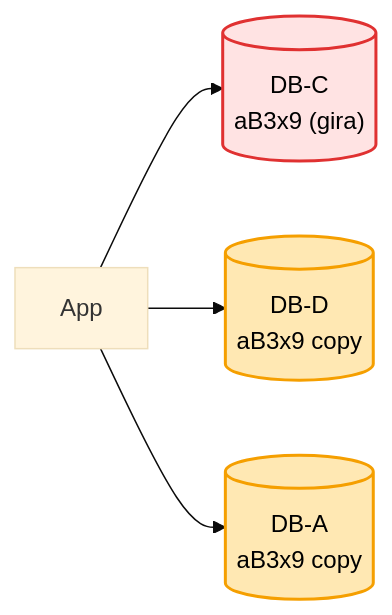
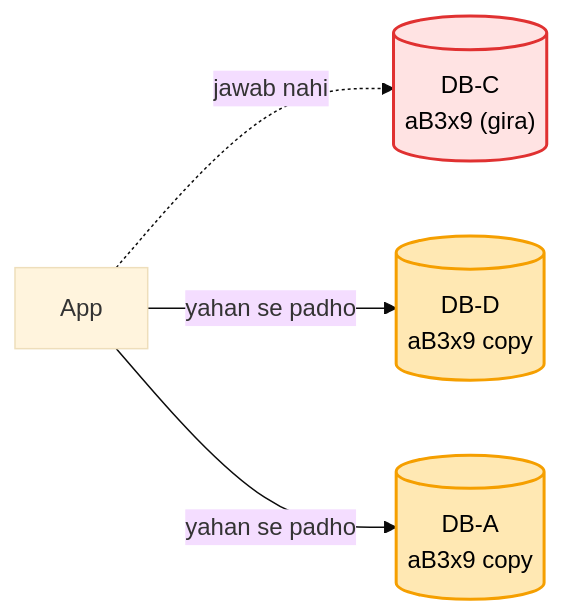
Before and after one commit to ArpanMaheshwari144/Prep: the seventh of 9 diagrams in 04_HLD/SYSTEM_DESIGNS/01_url_shortener/01_url_shortener.md, drawn with Mermaid (base theme).

Commit message:
url kadam 7: gire DB-C ka teer dotted 'jawab nahi', copy pe 'yahan se padho'

````diff
--- a/04_HLD/SYSTEM_DESIGNS/01_url_shortener/01_url_shortener.md
+++ b/04_HLD/SYSTEM_DESIGNS/01_url_shortener/01_url_shortener.md
@@ -259,9 +259,9 @@
 ```mermaid
 flowchart LR
-    S["App"] --> C[("DB-C<br/>aB3x9 (gira)")]
-    S --> D[("DB-D<br/>aB3x9 copy")]
-    S --> A[("DB-A<br/>aB3x9 copy")]
+    S["App"] -. "jawab nahi" .-> C[("DB-C<br/>aB3x9 (gira)")]
+    S -- "yahan se padho" --> D[("DB-D<br/>aB3x9 copy")]
+    S -- "yahan se padho" --> A[("DB-A<br/>aB3x9 copy")]
     style C fill:#ffe3e3,stroke:#e03131,stroke-width:2px,color:#000
     style D fill:#ffe8b3,stroke:#f59f00,stroke-width:2px,color:#000
     style A fill:#ffe8b3,stroke:#f59f00,stroke-width:2px,color:#000
 ```
````
